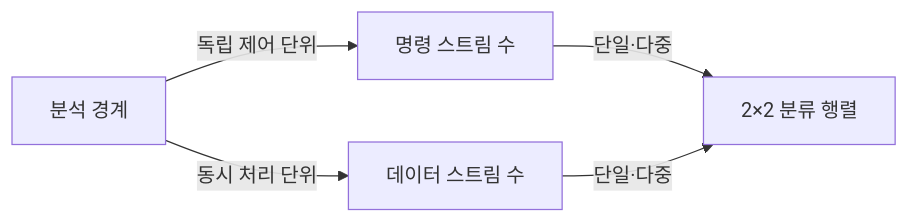
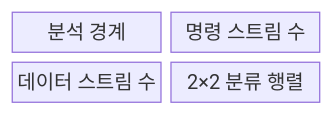
Before and after one commit to agnusdei1207/knowledge-base: the first of 2 diagrams in src/content/docs/notes/02-hardware/052_flynns_taxonomy.md, drawn with Mermaid. The commit also changed other lines of this file and 20 other files, not shown here.

````diff
--- a/src/content/docs/notes/02-hardware/052_flynns_taxonomy.md
+++ b/src/content/docs/notes/02-hardware/052_flynns_taxonomy.md
@@ -65,11 +63,8 @@
 ```mermaid
-flowchart LR
-    B[분석 경계]
-    I[명령 스트림 수]
-    D[데이터 스트림 수]
-    M[2×2 분류 행렬]
-    B -->|독립 제어 단위| I
-    B -->|동시 처리 단위| D
-    I -->|단일·다중| M
-    D -->|단일·다중| M
+block
+    columns 2
+    B["분석 경계"]
+    I["명령 스트림 수"]
+    D["데이터 스트림 수"]
+    M["2×2 분류 행렬"]
 ```
````
